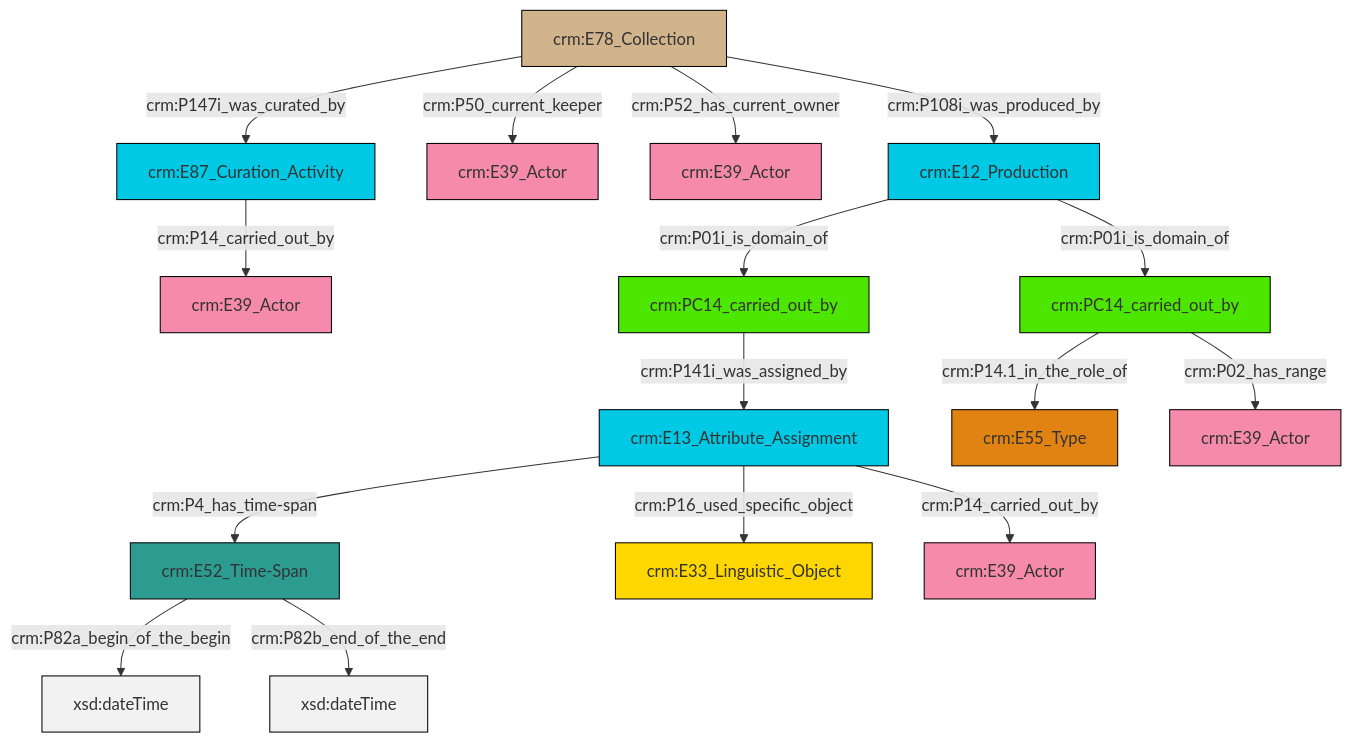
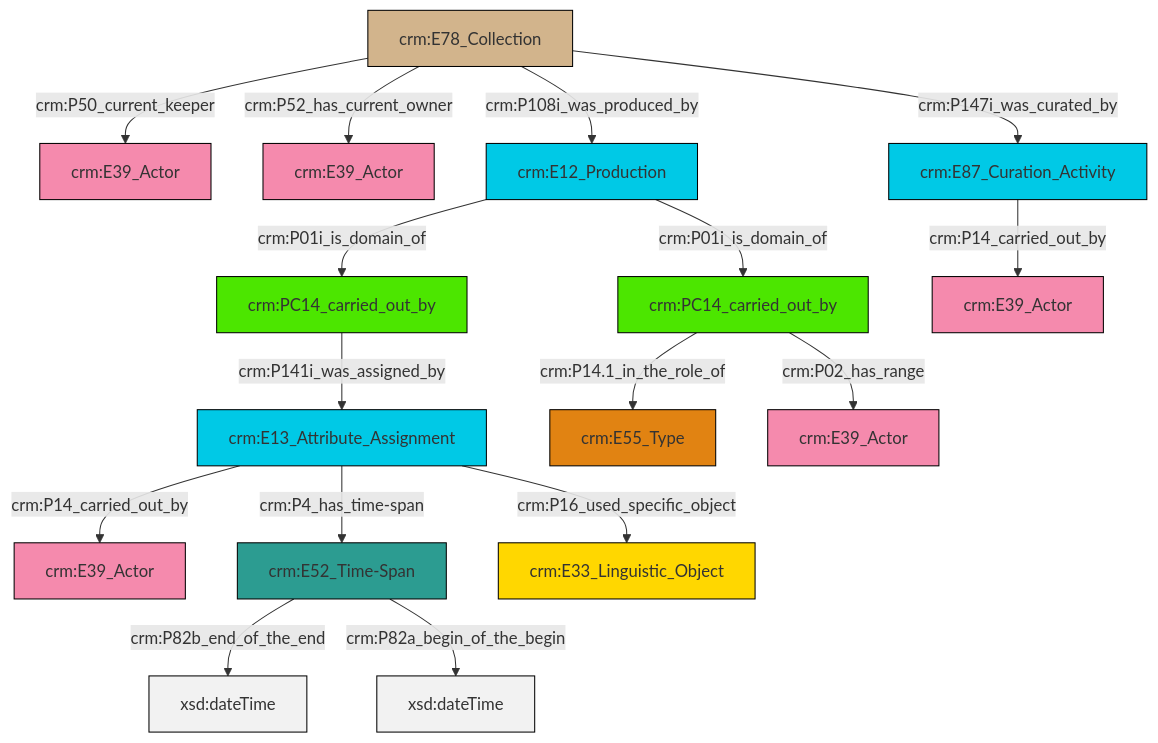
One commit to swiss-art-research-net/docs.swissartresearch changed the diagram in et/archivalCSV/ttl/mmd/archival_relation.ttl.mmd. Above: the diagram before and after it, drawn with Mermaid. The commit also changed 178 other files, not shown here.

```diff
--- a/et/archivalCSV/ttl/mmd/archival_relation.ttl.mmd
+++ b/et/archivalCSV/ttl/mmd/archival_relation.ttl.mmd
@@ -1,30 +1,30 @@
 graph TD
 classDef Literal fill:#f2f2f2,stroke:#000000;
 classDef CRM_Entity fill:#FFFFFF,stroke:#000000;
 classDef Temporal_Entity fill:#00C9E6, stroke:#000000;
 classDef Type fill:#E18312, stroke:#000000;
 classDef Time-Span fill:#2C9C91, stroke:#000000;
 classDef Appellation fill:#FFEB7F, stroke:#000000;
 classDef Place fill:#008836, stroke:#000000;
 classDef Persistent_Item fill:#B266B2, stroke:#000000;
 classDef Conceptual_Object fill:#FFD700, stroke:#000000;
 classDef Physical_Thing fill:#D2B48C, stroke:#000000;
 classDef Actor fill:#f58aad, stroke:#000000;
 classDef PC_Classes fill:#4ce600, stroke:#000000;
 classDef Multi fill:#cccccc,stroke:#000000;
 
-2["crm:E52_Time-Span"]:::Time-Span -->|crm:P82a_begin_of_the_begin| 3[xsd:dateTime]:::Literal
-2["crm:E52_Time-Span"]:::Time-Span -->|crm:P82b_end_of_the_end| 4[xsd:dateTime]:::Literal
-10["crm:E13_Attribute_Assignment"]:::Temporal_Entity -->|crm:P16_used_specific_object| 8["crm:E33_Linguistic_Object"]:::Conceptual_Object
-11["crm:E78_Collection"]:::Physical_Thing -->|crm:P50_current_keeper| 12["crm:E39_Actor"]:::Actor
-17["crm:PC14_carried_out_by"]:::PC_Classes -->|crm:P14.1_in_the_role_of| 18["crm:E55_Type"]:::Type
-11["crm:E78_Collection"]:::Physical_Thing -->|crm:P108i_was_produced_by| 15["crm:E12_Production"]:::Temporal_Entity
-10["crm:E13_Attribute_Assignment"]:::Temporal_Entity -->|crm:P4_has_time-span| 2["crm:E52_Time-Span"]:::Time-Span
-11["crm:E78_Collection"]:::Physical_Thing -->|crm:P147i_was_curated_by| 6["crm:E87_Curation_Activity"]:::Temporal_Entity
-21["crm:PC14_carried_out_by"]:::PC_Classes -->|crm:P141i_was_assigned_by| 10["crm:E13_Attribute_Assignment"]:::Temporal_Entity
-17["crm:PC14_carried_out_by"]:::PC_Classes -->|crm:P02_has_range| 19["crm:E39_Actor"]:::Actor
-11["crm:E78_Collection"]:::Physical_Thing -->|crm:P52_has_current_owner| 13["crm:E39_Actor"]:::Actor
-15["crm:E12_Production"]:::Temporal_Entity -->|crm:P01i_is_domain_of| 17["crm:PC14_carried_out_by"]:::PC_Classes
-15["crm:E12_Production"]:::Temporal_Entity -->|crm:P01i_is_domain_of| 21["crm:PC14_carried_out_by"]:::PC_Classes
-6["crm:E87_Curation_Activity"]:::Temporal_Entity -->|crm:P14_carried_out_by| 0["crm:E39_Actor"]:::Actor
-10["crm:E13_Attribute_Assignment"]:::Temporal_Entity -->|crm:P14_carried_out_by| 27["crm:E39_Actor"]:::Actor
+2["crm:E12_Production"]:::Temporal_Entity -->|crm:P01i_is_domain_of| 3["crm:PC14_carried_out_by"]:::PC_Classes
+4["crm:E78_Collection"]:::Physical_Thing -->|crm:P50_current_keeper| 5["crm:E39_Actor"]:::Actor
+6["crm:E87_Curation_Activity"]:::Temporal_Entity -->|crm:P14_carried_out_by| 7["crm:E39_Actor"]:::Actor
+8["crm:E13_Attribute_Assignment"]:::Temporal_Entity -->|crm:P14_carried_out_by| 9["crm:E39_Actor"]:::Actor
+8["crm:E13_Attribute_Assignment"]:::Temporal_Entity -->|crm:P4_has_time-span| 10["crm:E52_Time-Span"]:::Time-Span
+14["crm:PC14_carried_out_by"]:::PC_Classes -->|crm:P14.1_in_the_role_of| 0["crm:E55_Type"]:::Type
+4["crm:E78_Collection"]:::Physical_Thing -->|crm:P52_has_current_owner| 12["crm:E39_Actor"]:::Actor
+14["crm:PC14_carried_out_by"]:::PC_Classes -->|crm:P02_has_range| 16["crm:E39_Actor"]:::Actor
+2["crm:E12_Production"]:::Temporal_Entity -->|crm:P01i_is_domain_of| 14["crm:PC14_carried_out_by"]:::PC_Classes
+10["crm:E52_Time-Span"]:::Time-Span -->|crm:P82b_end_of_the_end| 21[xsd:dateTime]:::Literal
+4["crm:E78_Collection"]:::Physical_Thing -->|crm:P108i_was_produced_by| 2["crm:E12_Production"]:::Temporal_Entity
+8["crm:E13_Attribute_Assignment"]:::Temporal_Entity -->|crm:P16_used_specific_object| 23["crm:E33_Linguistic_Object"]:::Conceptual_Object
+3["crm:PC14_carried_out_by"]:::PC_Classes -->|crm:P141i_was_assigned_by| 8["crm:E13_Attribute_Assignment"]:::Temporal_Entity
+10["crm:E52_Time-Span"]:::Time-Span -->|crm:P82a_begin_of_the_begin| 24[xsd:dateTime]:::Literal
+4["crm:E78_Collection"]:::Physical_Thing -->|crm:P147i_was_curated_by| 6["crm:E87_Curation_Activity"]:::Temporal_Entity
```
